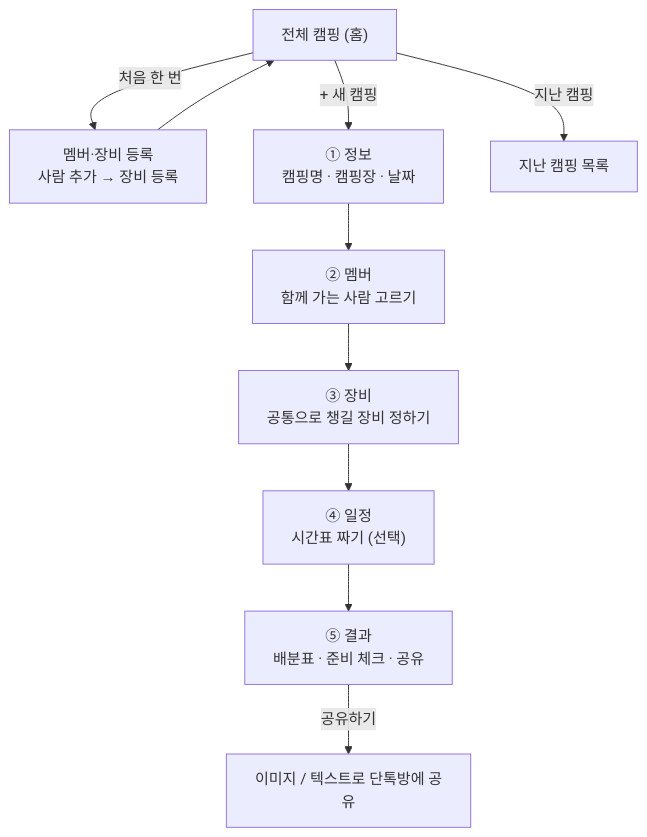
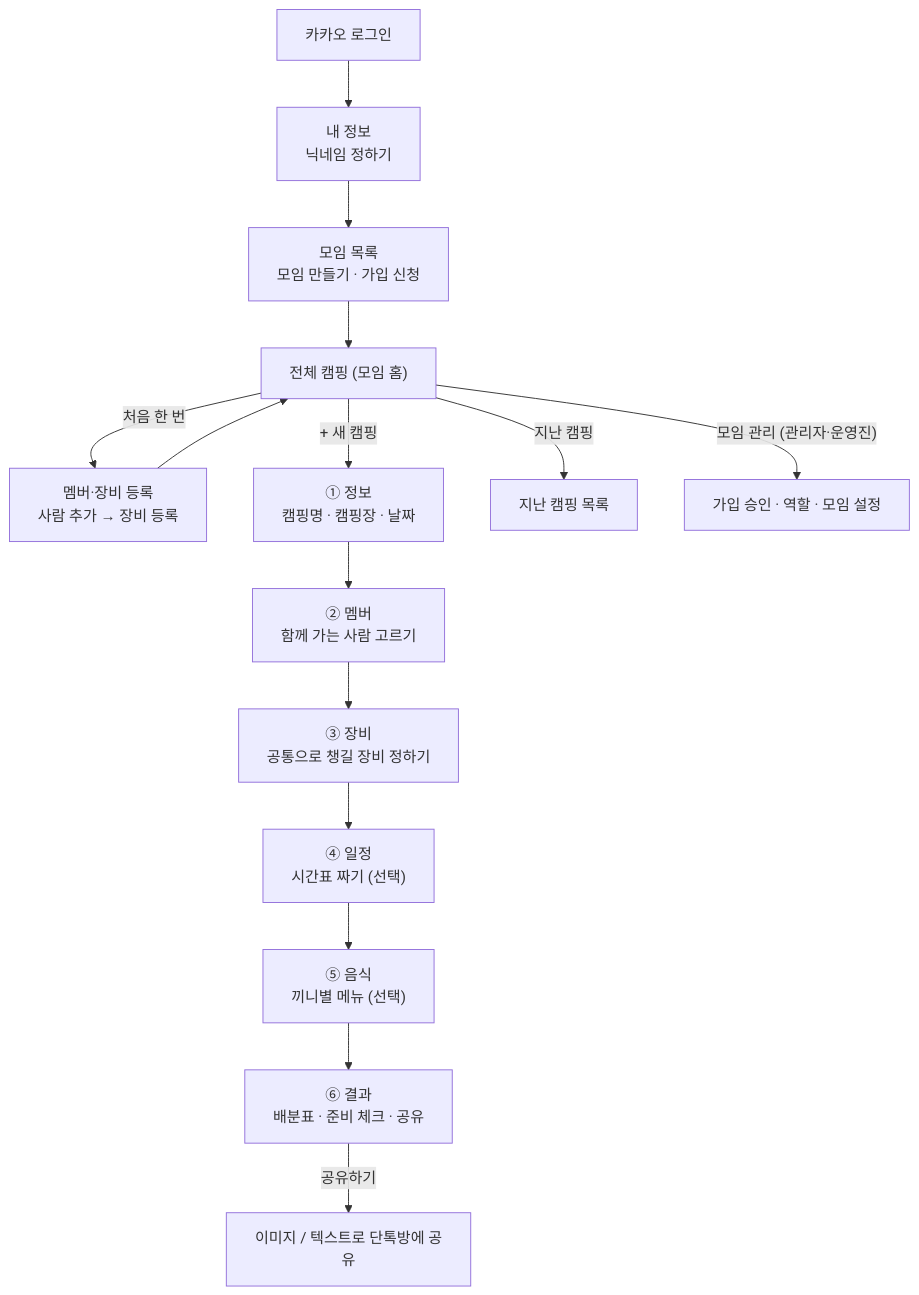
One commit to HamHyunJun/Camping-Joy changed the second of 3 diagrams in README.md. Above: the diagram before and after it, drawn with Mermaid. The commit also changed other lines of this file, not shown here.

Commit message:
README를 로그인·모임·역할·모바일 UI 기준으로 갱신

````diff
--- a/README.md
+++ b/README.md
@@ -91,12 +99,17 @@
 ```mermaid
 flowchart TD
-  A["전체 캠핑 (홈)"] -->|처음 한 번| B["멤버·장비 등록<br/>사람 추가 → 장비 등록"]
+  L["카카오 로그인"] --> P["내 정보<br/>닉네임 정하기"]
+  P --> M["모임 목록<br/>모임 만들기 · 가입 신청"]
+  M --> A["전체 캠핑 (모임 홈)"]
+  A -->|처음 한 번| B["멤버·장비 등록<br/>사람 추가 → 장비 등록"]
   B --> A
   A -->|"+ 새 캠핑"| C["① 정보<br/>캠핑명 · 캠핑장 · 날짜"]
   C --> D["② 멤버<br/>함께 가는 사람 고르기"]
   D --> E["③ 장비<br/>공통으로 챙길 장비 정하기"]
   E --> F["④ 일정<br/>시간표 짜기 (선택)"]
-  F --> G["⑤ 결과<br/>배분표 · 준비 체크 · 공유"]
+  F --> K["⑤ 음식<br/>끼니별 메뉴 (선택)"]
+  K --> G["⑥ 결과<br/>배분표 · 준비 체크 · 공유"]
   G -->|공유하기| H["이미지 / 텍스트로 단톡방에 공유"]
   A -->|"지난 캠핑"| I["지난 캠핑 목록"]
+  A -->|"모임 관리 (관리자·운영진)"| J["가입 승인 · 역할 · 모임 설정"]
 ```
````
